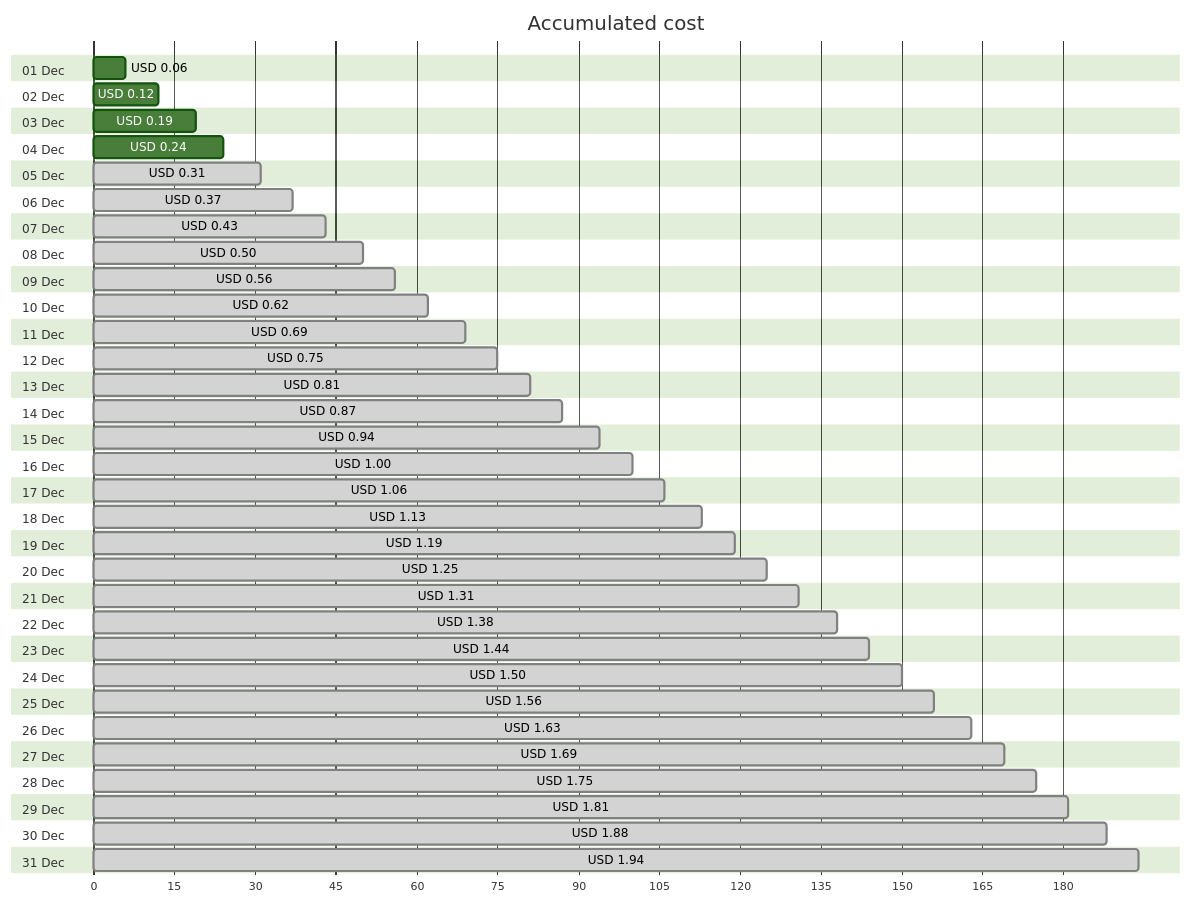
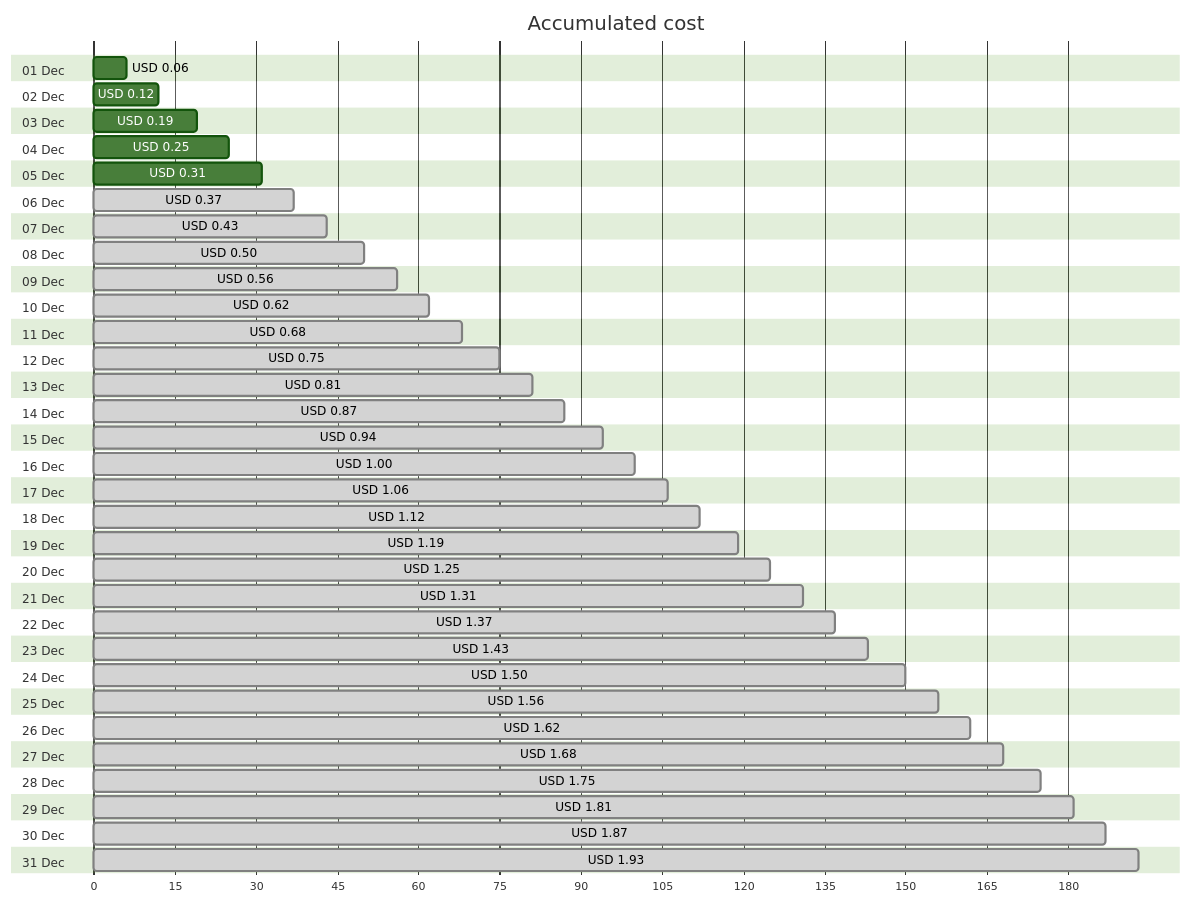
One commit to jpfulton/azure-personal-reports changed the first of 4 diagrams in cost-reports/personal-network/vpn-server_OsDisk.md. Above: the diagram before and after it, drawn with Mermaid (forest theme). The commit also changed other lines of this file and 8 other files, not shown here.

````diff
--- a/cost-reports/personal-network/vpn-server_OsDisk.md
+++ b/cost-reports/personal-network/vpn-server_OsDisk.md
@@ -20,68 +20,68 @@
 ```mermaid
 gantt
    title Accumulated cost
    dateFormat  X
    axisFormat %s
    section 01 Dec
    USD 0.06 :0, 6
    section 02 Dec
    USD 0.12 :0, 12
    section 03 Dec
    USD 0.19 :0, 19
    section 04 Dec
-   USD 0.24 :0, 24
+   USD 0.25 :0, 25
    section 05 Dec
-   USD 0.31 : done, 0, 31
+   USD 0.31 :0, 31
    section 06 Dec
    USD 0.37 : done, 0, 37
    section 07 Dec
    USD 0.43 : done, 0, 43
    section 08 Dec
    USD 0.50 : done, 0, 50
    section 09 Dec
    USD 0.56 : done, 0, 56
    section 10 Dec
    USD 0.62 : done, 0, 62
    section 11 Dec
-   USD 0.69 : done, 0, 69
+   USD 0.68 : done, 0, 68
    section 12 Dec
    USD 0.75 : done, 0, 75
    section 13 Dec
    USD 0.81 : done, 0, 81
    section 14 Dec
    USD 0.87 : done, 0, 87
    section 15 Dec
    USD 0.94 : done, 0, 94
    section 16 Dec
    USD 1.00 : done, 0, 100
    section 17 Dec
    USD 1.06 : done, 0, 106
    section 18 Dec
-   USD 1.13 : done, 0, 113
+   USD 1.12 : done, 0, 112
    section 19 Dec
    USD 1.19 : done, 0, 119
    section 20 Dec
    USD 1.25 : done, 0, 125
    section 21 Dec
    USD 1.31 : done, 0, 131
    section 22 Dec
-   USD 1.38 : done, 0, 138
+   USD 1.37 : done, 0, 137
    section 23 Dec
-   USD 1.44 : done, 0, 144
+   USD 1.43 : done, 0, 143
    section 24 Dec
    USD 1.50 : done, 0, 150
    section 25 Dec
    USD 1.56 : done, 0, 156
    section 26 Dec
-   USD 1.63 : done, 0, 163
+   USD 1.62 : done, 0, 162
    section 27 Dec
-   USD 1.69 : done, 0, 169
+   USD 1.68 : done, 0, 168
    section 28 Dec
    USD 1.75 : done, 0, 175
    section 29 Dec
    USD 1.81 : done, 0, 181
    section 30 Dec
-   USD 1.88 : done, 0, 188
+   USD 1.87 : done, 0, 187
    section 31 Dec
-   USD 1.94 : done, 0, 194
+   USD 1.93 : done, 0, 193
 ```
````
